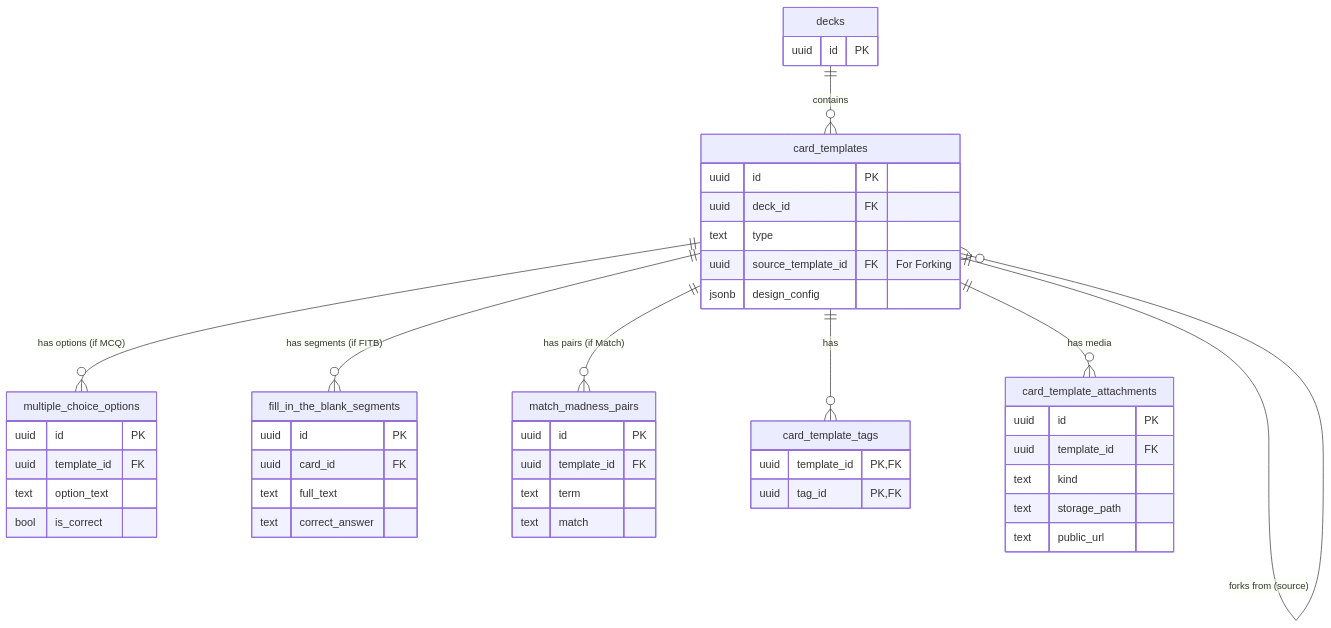
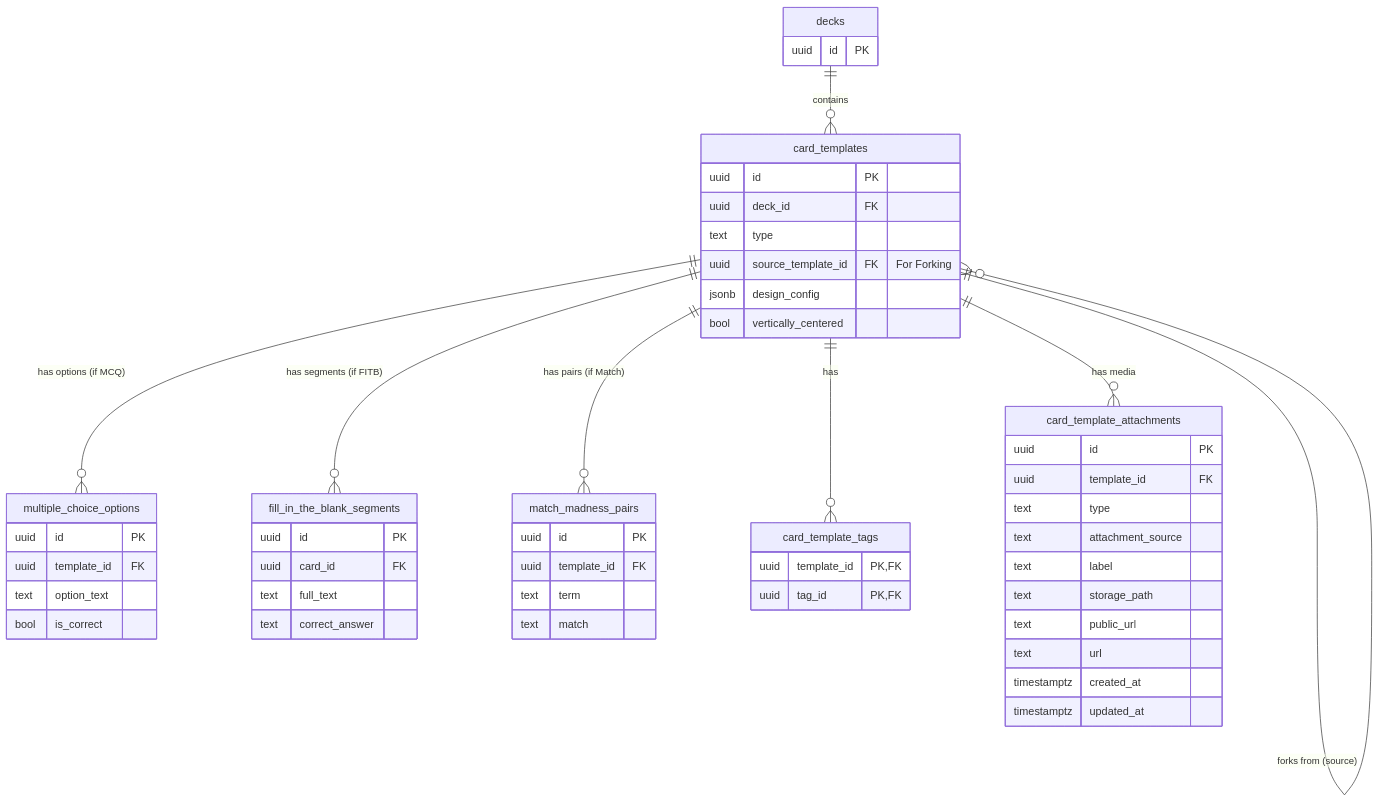
One commit to GuyWithBag/boo_mondai changed the third of 6 diagrams in supabase/context/schema_diagram.md. Above: the diagram before and after it, drawn with Mermaid. The commit also changed other lines of this file and 101 other files, not shown here.

````diff
--- a/supabase/context/schema_diagram.md
+++ b/supabase/context/schema_diagram.md
@@ -89,57 +91,63 @@
 ```mermaid
 erDiagram
     decks {
         uuid id PK
     }
 
     card_templates {
         uuid id PK
         uuid deck_id FK
         text type
         uuid source_template_id FK "For Forking"
         jsonb design_config
+        bool vertically_centered
     }
 
     multiple_choice_options {
         uuid id PK
         uuid template_id FK
         text option_text
         bool is_correct
     }
 
     fill_in_the_blank_segments {
         uuid id PK
         uuid card_id FK
         text full_text
         text correct_answer
     }
 
     match_madness_pairs {
         uuid id PK
         uuid template_id FK
         text term
         text match
     }
 
     card_template_tags {
         uuid template_id PK, FK
         uuid tag_id PK, FK
     }
 
     card_template_attachments {
         uuid id PK
         uuid template_id FK
-        text kind
+        text type
+        text attachment_source
+        text label
         text storage_path
         text public_url
+        text url
+        timestamptz created_at
+        timestamptz updated_at
     }
 
     decks ||--o{ card_templates : "contains"
     card_templates ||--o{ card_templates : "forks from (source)"
     card_templates ||--o{ multiple_choice_options : "has options (if MCQ)"
     card_templates ||--o{ fill_in_the_blank_segments : "has segments (if FITB)"
     card_templates ||--o{ match_madness_pairs : "has pairs (if Match)"
     card_templates ||--o{ card_template_tags : "has"
     card_templates ||--o{ card_template_attachments : "has media"
 
 ```
````
